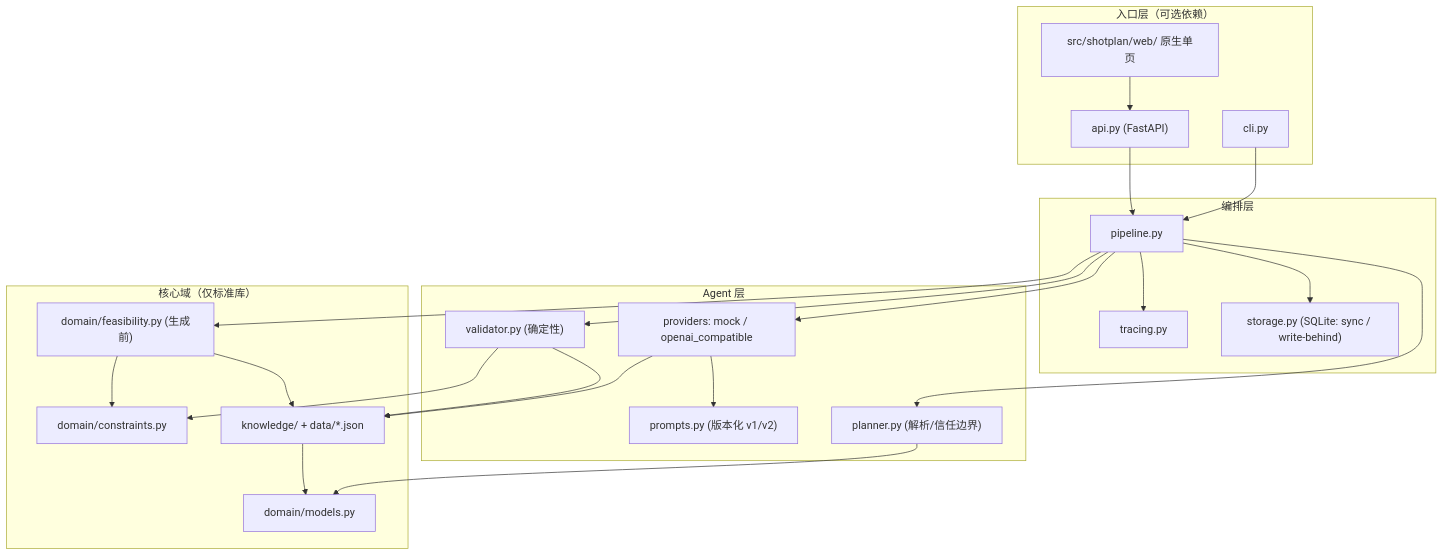
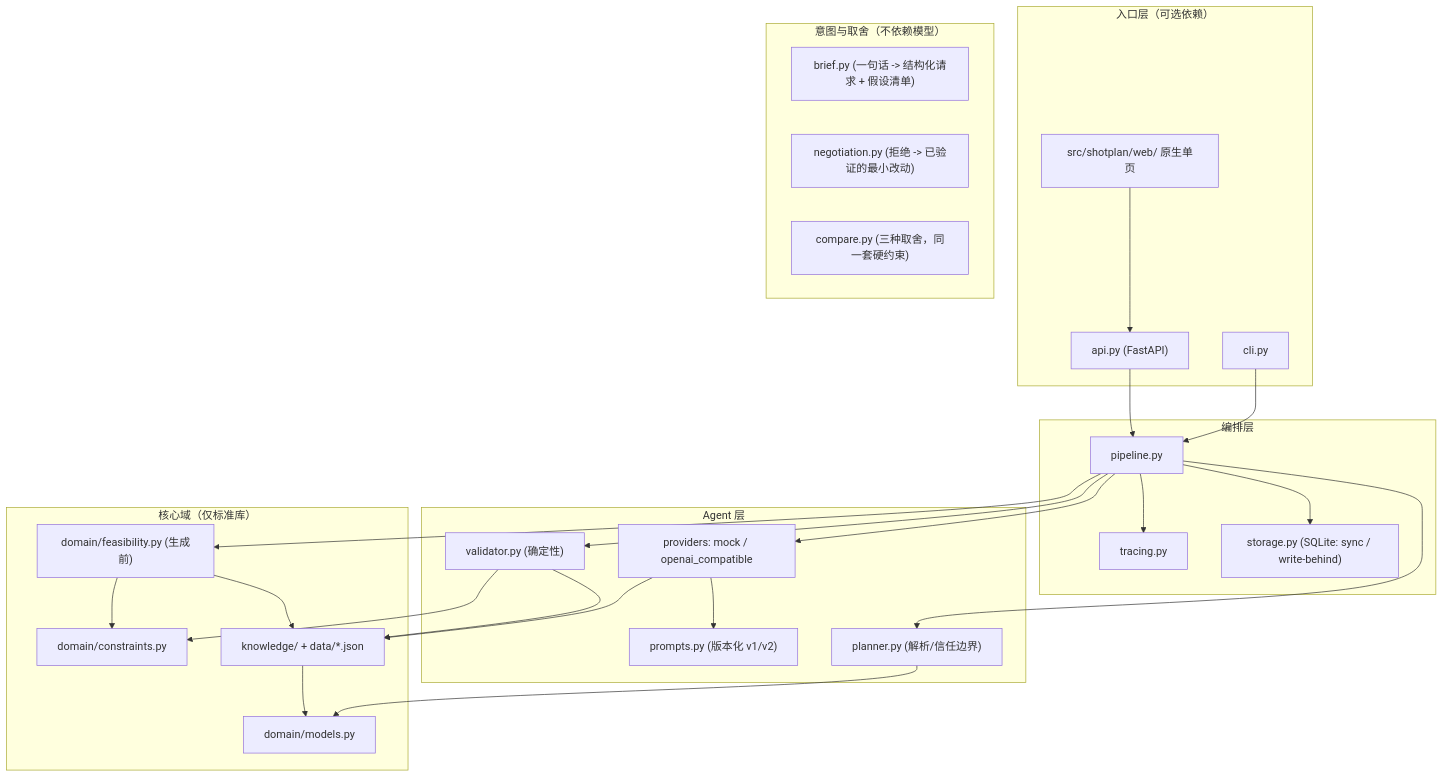
The diagram in docs/architecture.md (zhaozilong6666/shotplan), drawn with Mermaid before and after one commit. The commit also changed other lines of this file and 3 other files, not shown here.

````diff
--- a/docs/architecture.md
+++ b/docs/architecture.md
@@ -12,42 +12,47 @@
 ```mermaid
 flowchart TB
     subgraph Entry["入口层（可选依赖）"]
         CLI["cli.py"]
         API["api.py (FastAPI)"]
         WEB["src/shotplan/web/ 原生单页"]
     end
     subgraph Orchestration["编排层"]
         PIPE["pipeline.py"]
         TRACE["tracing.py"]
         STORE["storage.py (SQLite: sync / write-behind)"]
     end
     subgraph Agent["Agent 层"]
         PROV["providers: mock / openai_compatible"]
         PROMPT["prompts.py (版本化 v1/v2)"]
         PARSE["planner.py (解析/信任边界)"]
         VALID["validator.py (确定性)"]
+    end
+    subgraph Intent["意图与取舍（不依赖模型）"]
+        BRIEF["brief.py (一句话 -> 结构化请求 + 假设清单)"]
+        NEGO["negotiation.py (拒绝 -> 已验证的最小改动)"]
+        CMP["compare.py (三种取舍，同一套硬约束)"]
     end
     subgraph Core["核心域（仅标准库）"]
         DOMAIN["domain/models.py"]
         RULES["domain/constraints.py"]
         FEAS["domain/feasibility.py (生成前)"]
         KB["knowledge/ + data/*.json"]
     end
     CLI --> PIPE
     API --> PIPE
     WEB --> API
     PIPE --> FEAS
     PIPE --> PROV
     PIPE --> PARSE
     PIPE --> VALID
     PIPE --> TRACE
     PIPE --> STORE
     PROV --> PROMPT
     PROV --> KB
     PARSE --> DOMAIN
     VALID --> RULES
     VALID --> KB
     FEAS --> RULES
     FEAS --> KB
     KB --> DOMAIN
 ```
````
